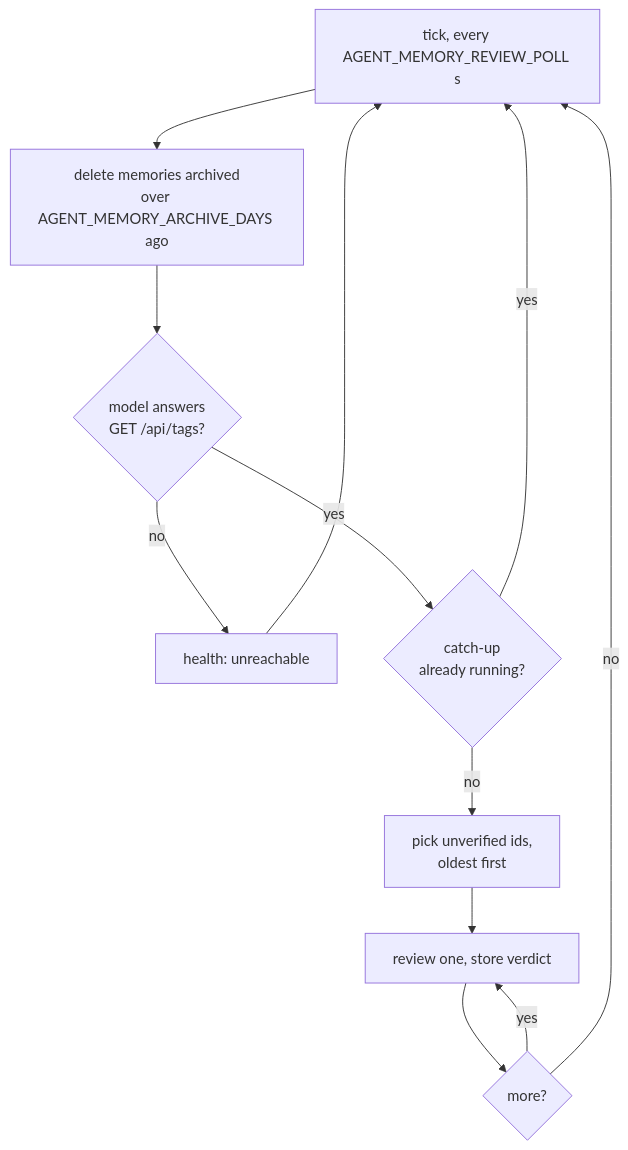
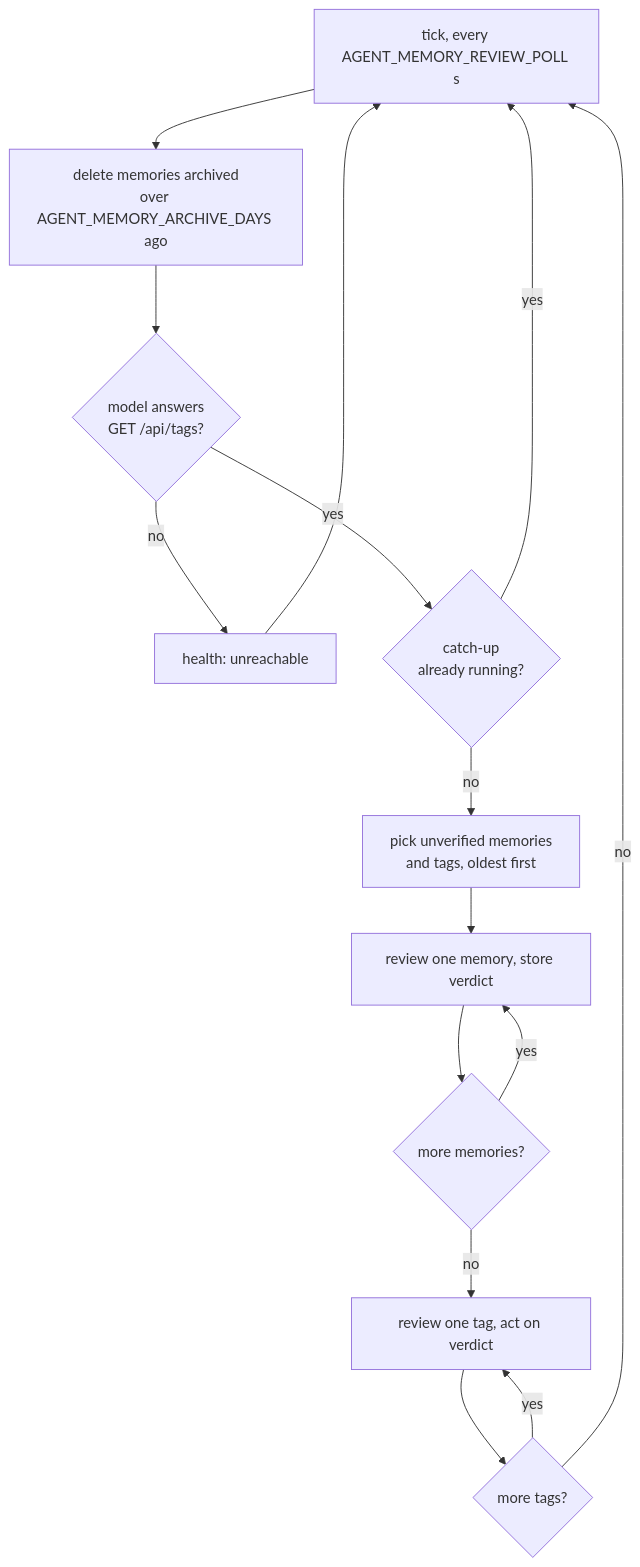
The seventh of 8 diagrams in ARCHITECTURE.md (kdop/agent-memory), drawn with Mermaid before and after one commit. The commit also changed other lines of this file and 25 other files, not shown here.

First line of the commit message:
Review each tag with the same model as memories

````diff
--- a/ARCHITECTURE.md
+++ b/ARCHITECTURE.md
@@ -218,12 +232,15 @@
 ```mermaid
 flowchart TD
     T[tick, every AGENT_MEMORY_REVIEW_POLL s] --> X[delete memories archived<br/>over AGENT_MEMORY_ARCHIVE_DAYS ago] --> R{model answers<br/>GET /api/tags?}
     R -- no --> U[health: unreachable] --> T
     R -- yes --> L{catch-up<br/>already running?}
     L -- yes --> T
-    L -- no --> P[pick unverified ids,<br/>oldest first]
-    P --> E[review one, store verdict]
-    E --> N{more?}
+    L -- no --> P[pick unverified memories<br/>and tags, oldest first]
+    P --> E[review one memory, store verdict]
+    E --> N{more memories?}
     N -- yes --> E
-    N -- no --> T
+    N -- no --> G[review one tag, act on verdict]
+    G --> M{more tags?}
+    M -- yes --> G
+    M -- no --> T
 ```
````
